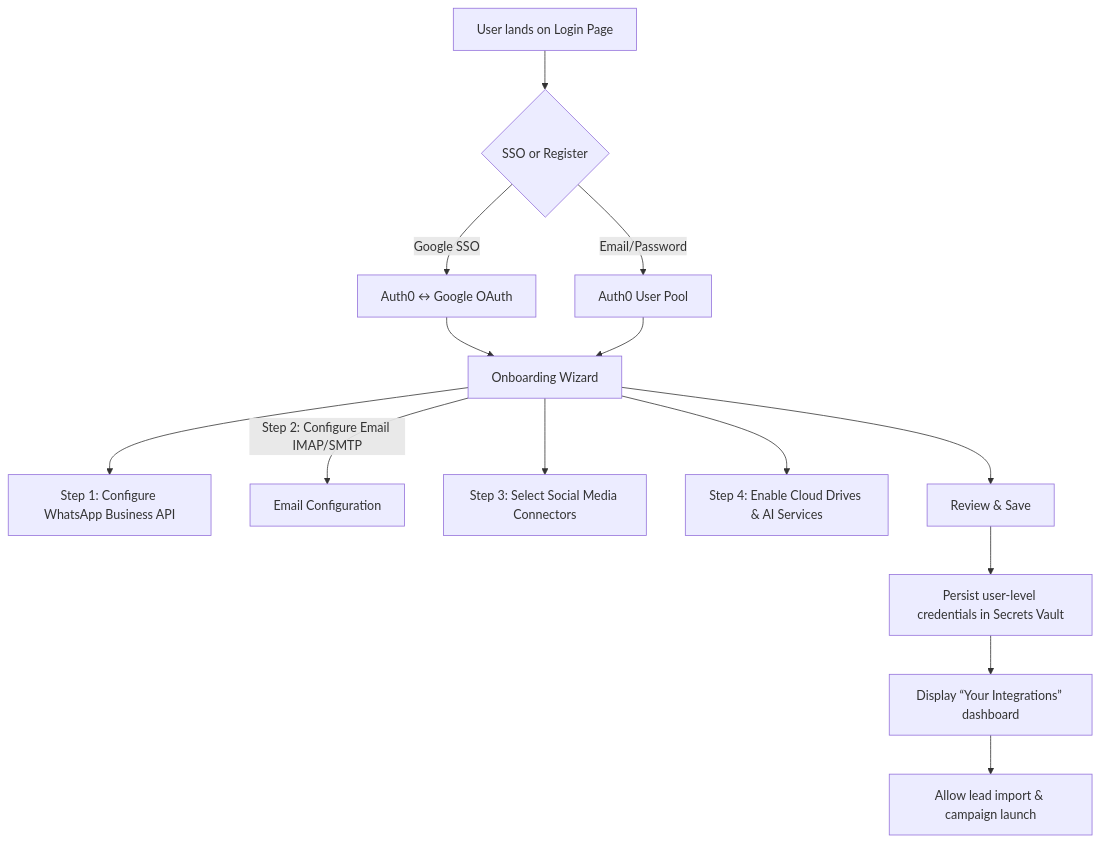
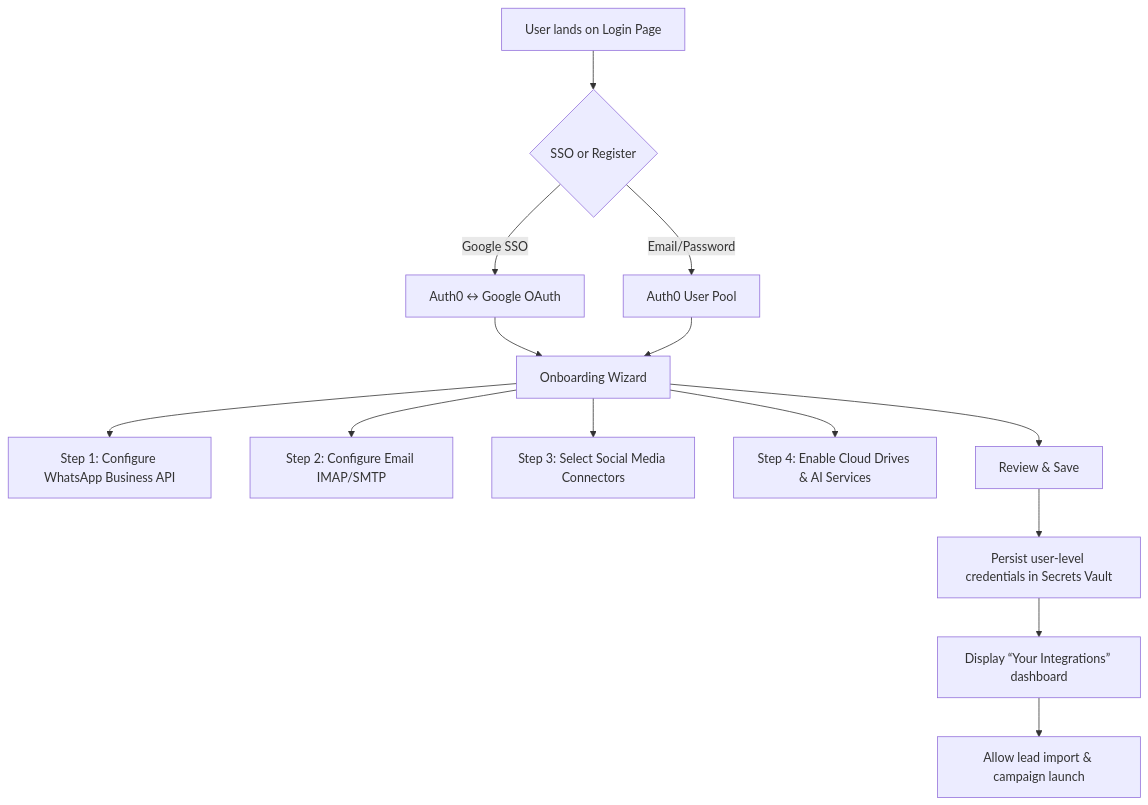
Before and after one commit to Kazuya-Nomura/AI-marketing-automation: the third of 6 diagrams in Readme.md, drawn with Mermaid.

Commit message:
change in readme

````diff
--- a/Readme.md
+++ b/Readme.md
@@ -868,19 +868,19 @@
 ```mermaid
 graph TD
 
   A[User lands on Login Page] --> B{SSO or Register}
   B -->|Google SSO| C[Auth0 ↔ Google OAuth]
   B -->|Email/Password| D[Auth0 User Pool]
 
   C --> E[Onboarding Wizard]
   D --> E[Onboarding Wizard]
   E --> F[Step 1: Configure WhatsApp Business API]
-  E -->|Step 2: Configure Email IMAP/SMTP| G[Email Configuration]
+  E --> G[Step 2: Configure Email IMAP/SMTP]
   E --> H[Step 3: Select Social Media Connectors]
   E --> I[Step 4: Enable Cloud Drives & AI Services]
   E --> J[Review & Save]
 
   J --> K[Persist user-level credentials in Secrets Vault]
   K --> L[Display “Your Integrations” dashboard]
   L --> M[Allow lead import & campaign launch]
 ```
````
